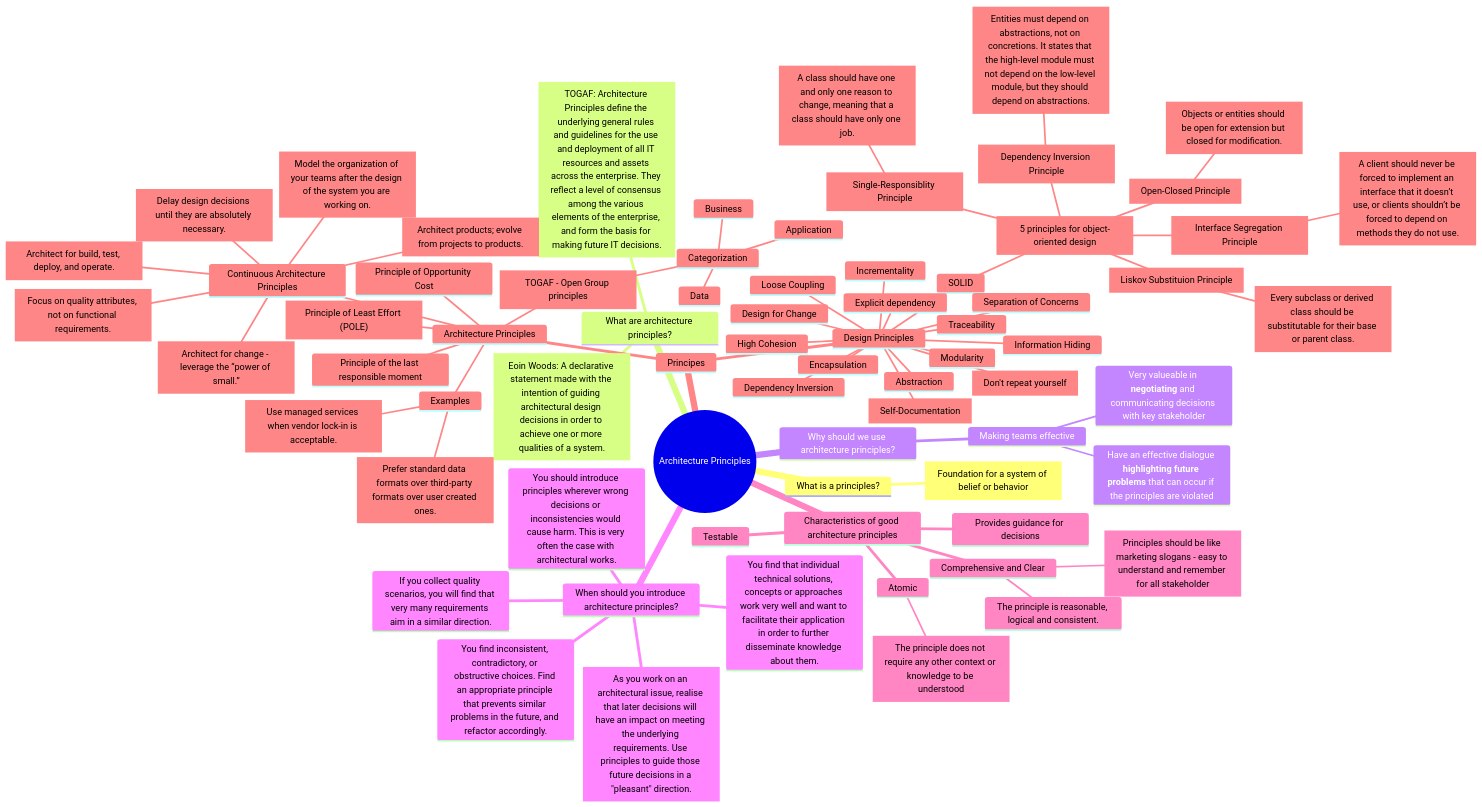
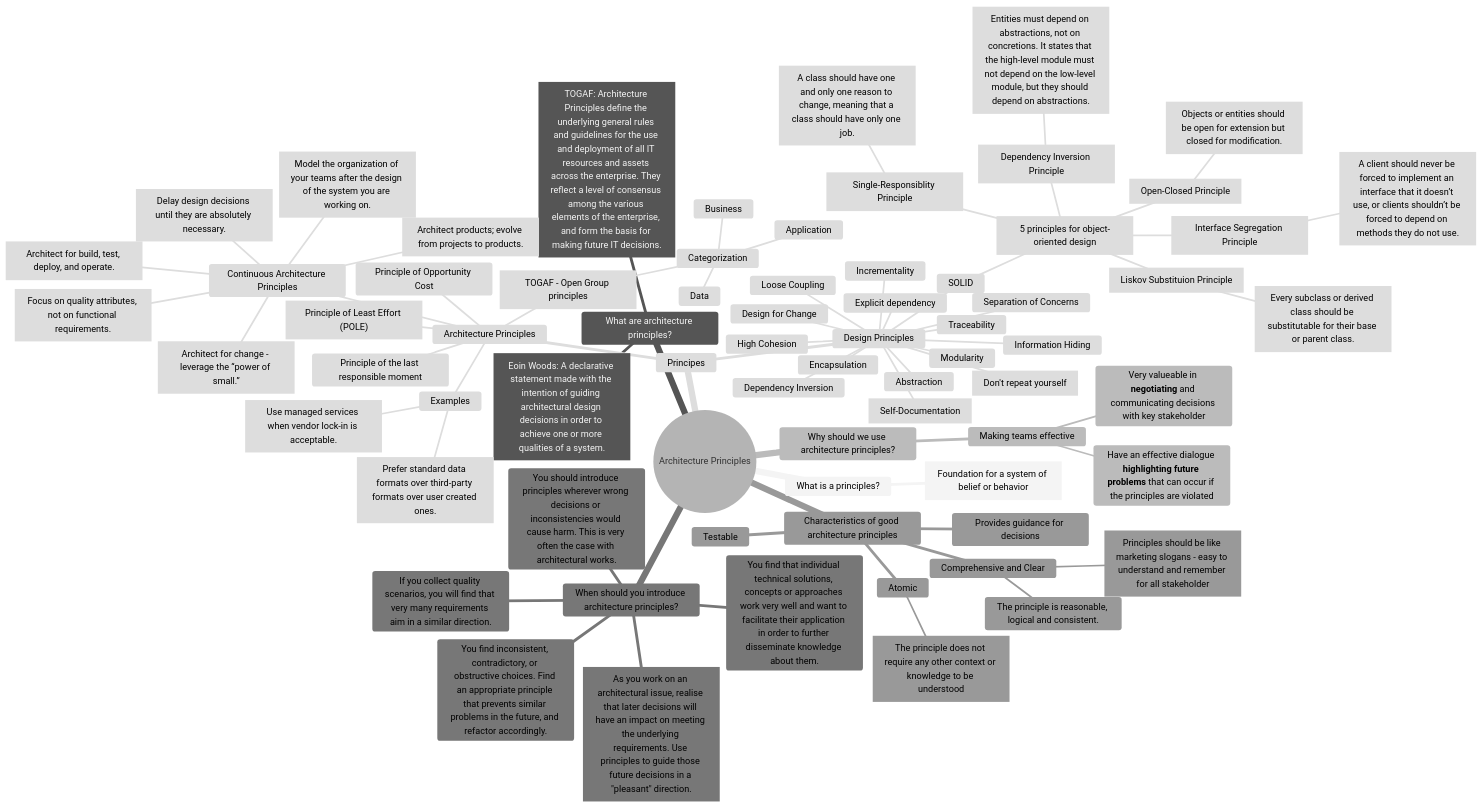
Before and after one commit to bitsmuggler/software-architecture-principles: the diagram in README.md, drawn with Mermaid.

````diff
--- a/README.md
+++ b/README.md
@@ -5,74 +5,75 @@
 ```mermaid
+%%{init: {'theme': 'neutral', 'themeVariables': {'darkMode': true} } }%%
 mindmap
   root((Architecture Principles))
     What is a principles?
         ["Foundation for a system of belief or behavior"]
     What are architecture principles?
         ["Eoin Woods: A declarative statement made with the intention of guiding architectural design decisions in order to achieve one or more qualities of a system."]
         ["TOGAF: Architecture Principles define the underlying general rules and guidelines for the use and deployment of all IT resources and assets across the enterprise. They reflect a level of consensus among the various elements of the enterprise, and form the basis for making future IT decisions."]
     Why should we use architecture principles?
         Making teams effective
             Very valueable in **negotiating** and communicating decisions with key stakeholder
             Have an effective dialogue **highlighting future problems** that can occur if the principles are violated
     When should you introduce architecture principles?
         You should introduce principles wherever wrong decisions or inconsistencies would cause harm. This is very often the case with architectural works.
         You find that individual technical solutions, concepts or approaches work very well and want to facilitate their application in order to further disseminate knowledge about them.
         You find inconsistent, contradictory, or obstructive choices. Find an appropriate principle that prevents similar problems in the future, and refactor accordingly.
         If you collect quality scenarios, you will find that very many requirements aim in a similar direction.
         [As you work on an architectural issue, realise that later decisions will have an impact on meeting the underlying requirements. Use principles to guide those future decisions in a "pleasant" direction.]
     Characteristics of good architecture principles
         Comprehensive and Clear
             The principle is reasonable, logical and consistent.
             ["Principles should be like marketing slogans - easy to understand and remember for all stakeholder"]
         Provides guidance for decisions
         Testable
         Atomic
             ["The principle does not require any other context or knowledge to be understood"]    
     Principes
         Architecture Principles
             ["Principle of Least Effort (POLE)"]
             Principle of Opportunity Cost
             Principle of the last responsible moment
             [TOGAF - Open Group principles]
                 Categorization
                     Business
                     Data
                     Application
             Continuous Architecture Principles
                 [Architect products; evolve from projects to products.]
                 [Focus on quality attributes, not on functional requirements.]
                 [Delay design decisions until they are absolutely necessary.]
                 [Architect for change - leverage the “power of small.”]
                 [Architect for build, test, deploy, and operate.]
                 [Model the organization of your teams after the design of the system you are working on.]
             Examples
                 [Use managed services when vendor lock-in is acceptable.]
                 [Prefer standard data formats over third-party formats over user created ones.]
         Design Principles
             SOLID
                 [5 principles for object-oriented design]
                     [Single-Responsiblity Principle]
                         [A class should have one and only one reason to change, meaning that a class should have only one job.]
                     [Open-Closed Principle]
                         [Objects or entities should be open for extension but closed for modification.]
                     [Liskov Substituion Principle]
                         [Every subclass or derived class should be substitutable for their base or parent class.]
                     [Interface Segregation Principle]
                         [A client should never be forced to implement an interface that it doesn’t use, or clients shouldn’t be forced to depend on methods they do not use.]
                     [Dependency Inversion Principle]
                         [Entities must depend on abstractions, not on concretions. It states that the high-level module must not depend on the low-level module, but they should depend on abstractions.]
             Loose Coupling
             High Cohesion
             Design for Change
             Information Hiding
             Abstraction
             Modularity
             Traceability
             [Self-Documentation]
             Incrementality
             Separation of Concerns
             Encapsulation
             [Don't repeat yourself]
             Dependency Inversion
             Explicit dependency
 ```
````
